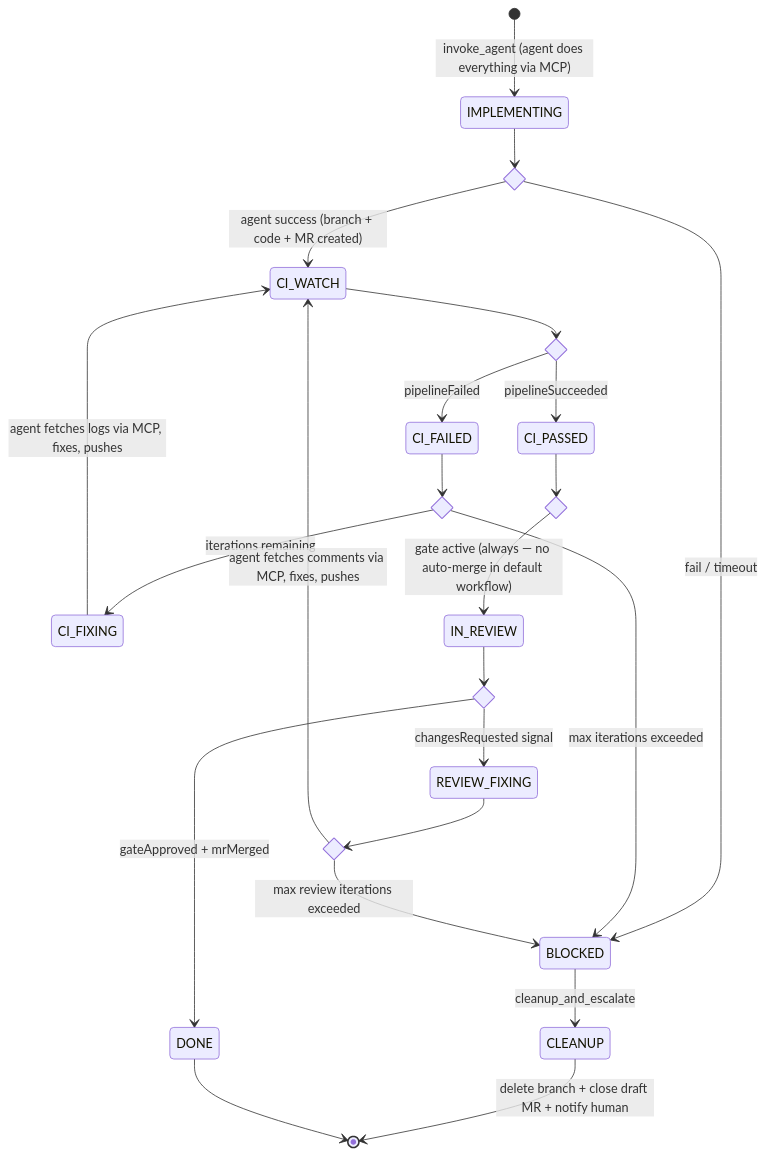
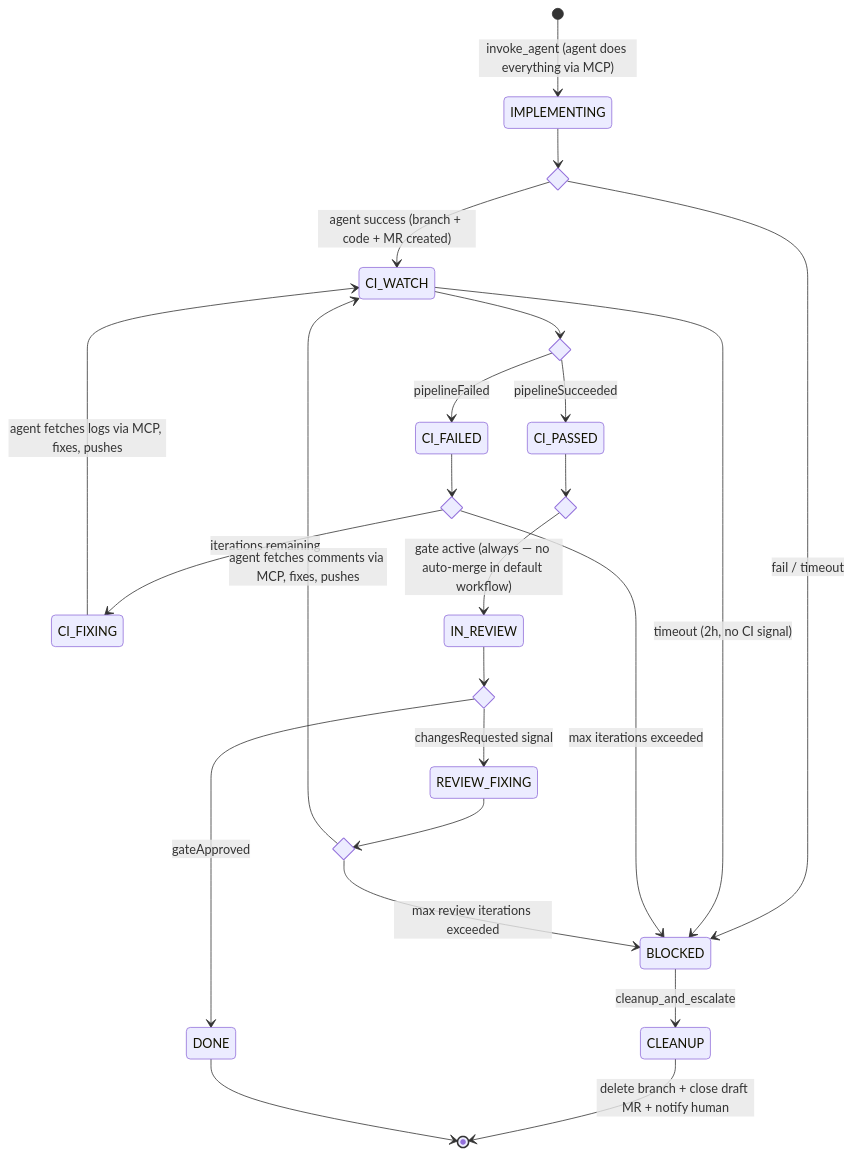
One commit to nmime/ai-sdlc-orchestrator changed the first of 3 diagrams in docs/specs/workflow-engine.md. Above: the diagram before and after it, drawn with Mermaid. The commit also changed other lines of this file and 8 other files, not shown here.

````diff
--- a/docs/specs/workflow-engine.md
+++ b/docs/specs/workflow-engine.md
@@ -136,40 +144,41 @@
 ```mermaid
 stateDiagram-v2
     [*] --> IMPLEMENTING: invoke_agent (agent does everything via MCP)
 
     state impl_result <<choice>>
     IMPLEMENTING --> impl_result
     impl_result --> CI_WATCH: agent success (branch + code + MR created)
     impl_result --> BLOCKED: fail / timeout
 
     state ci_result <<choice>>
     CI_WATCH --> ci_result
     ci_result --> CI_PASSED: pipelineSucceeded
     ci_result --> CI_FAILED: pipelineFailed
+    CI_WATCH --> BLOCKED: timeout (2h, no CI signal)
 
     state ci_retry <<choice>>
     CI_FAILED --> ci_retry
     ci_retry --> CI_FIXING: iterations remaining
     ci_retry --> BLOCKED: max iterations exceeded
 
     CI_FIXING --> CI_WATCH: agent fetches logs via MCP, fixes, pushes
 
     state review_gate <<choice>>
     CI_PASSED --> review_gate
     review_gate --> IN_REVIEW: gate active (always — no auto-merge in default workflow)
 
     state review_result <<choice>>
     IN_REVIEW --> review_result
     review_result --> REVIEW_FIXING: changesRequested signal
-    review_result --> DONE: gateApproved + mrMerged
+    review_result --> DONE: gateApproved
 
     state review_retry <<choice>>
     REVIEW_FIXING --> review_retry
     review_retry --> CI_WATCH: agent fetches comments via MCP, fixes, pushes
     review_retry --> BLOCKED: max review iterations exceeded
 
     BLOCKED --> CLEANUP: cleanup_and_escalate
     CLEANUP --> [*]: delete branch + close draft MR + notify human
 
     DONE --> [*]
 ```
````
